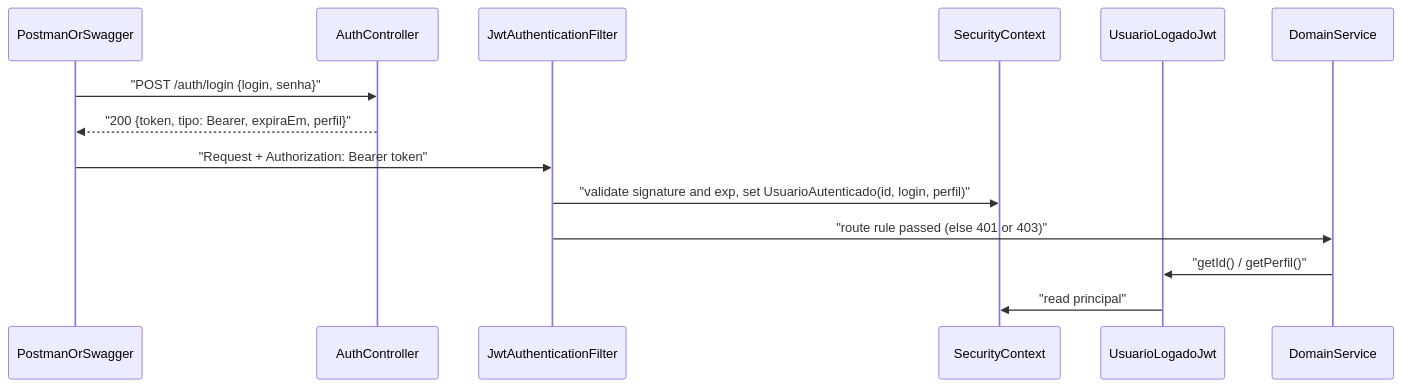
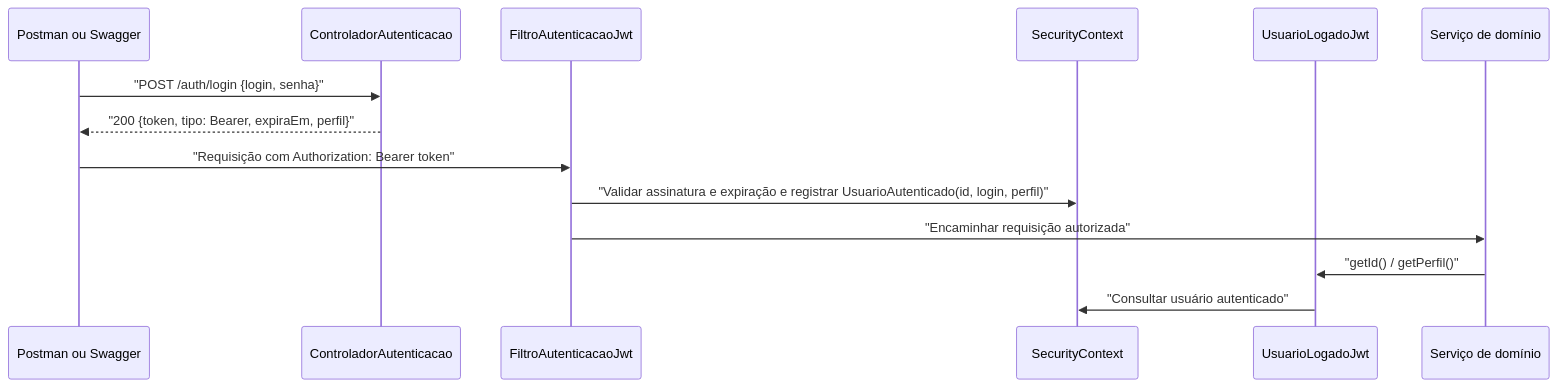
Before and after one commit to beatrizgomex/sistema-eleicao: the diagram in sistema/README.md, drawn with Mermaid. The commit also changed other lines of this file and 22 other files, not shown here.

````diff
--- a/sistema/README.md
+++ b/sistema/README.md
@@ -41,16 +41,16 @@
 ```mermaid
 sequenceDiagram
-    participant Client as PostmanOrSwagger
-    participant AuthCtl as AuthController
-    participant Filter as JwtAuthenticationFilter
-    participant Ctx as SecurityContext
-    participant ULJ as UsuarioLogadoJwt
-    participant Svc as DomainService
-    Client->>AuthCtl: "POST /auth/login {login, senha}"
-    AuthCtl-->>Client: "200 {token, tipo: Bearer, expiraEm, perfil}"
-    Client->>Filter: "Request + Authorization: Bearer token"
-    Filter->>Ctx: "validate signature and exp, set UsuarioAutenticado(id, login, perfil)"
-    Filter->>Svc: "route rule passed (else 401 or 403)"
-    Svc->>ULJ: "getId() / getPerfil()"
-    ULJ->>Ctx: "read principal"
+    participant Cliente as Postman ou Swagger
+    participant Controlador as ControladorAutenticacao
+    participant Filtro as FiltroAutenticacaoJwt
+    participant Contexto as SecurityContext
+    participant UsuarioAtual as UsuarioLogadoJwt
+    participant Servico as Serviço de domínio
+    Cliente->>Controlador: "POST /auth/login {login, senha}"
+    Controlador-->>Cliente: "200 {token, tipo: Bearer, expiraEm, perfil}"
+    Cliente->>Filtro: "Requisição com Authorization: Bearer token"
+    Filtro->>Contexto: "Validar assinatura e expiração e registrar UsuarioAutenticado(id, login, perfil)"
+    Filtro->>Servico: "Encaminhar requisição autorizada"
+    Servico->>UsuarioAtual: "getId() / getPerfil()"
+    UsuarioAtual->>Contexto: "Consultar usuário autenticado"
 ```
````
